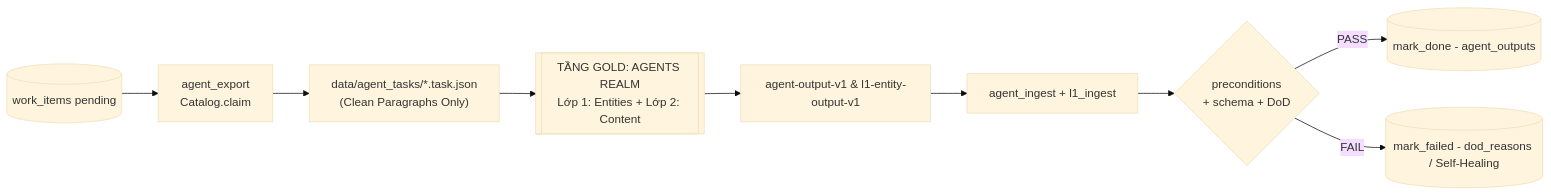
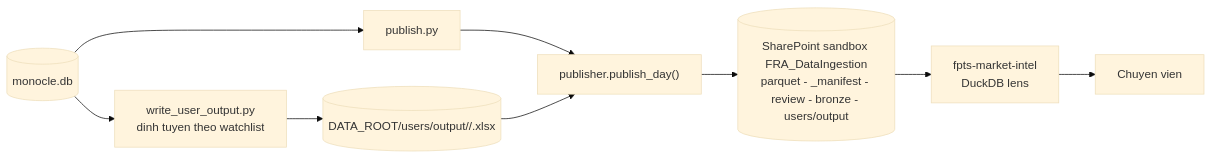
One commit to Tuanan172-py/fts-news-scape changed the fifth of 5 diagrams in project/docs/design/00-end-to-end-architecture.md. Above: the diagram before and after it, drawn with Mermaid (base theme). The commit also changed other lines of this file and 38 other files, not shown here.

Commit message:
docs(harness): unify architecture state, L0/L1, publish path, manifest SSOT, users/output (US-045, US-046)

````diff
--- a/project/docs/design/00-end-to-end-architecture.md
+++ b/project/docs/design/00-end-to-end-architecture.md
@@ -117,11 +203,8 @@
 ```mermaid
 flowchart LR
-  P[(work_items pending)] --> EXP[agent_export<br/>Catalog.claim]
-  EXP --> TP["data/agent_tasks/*.task.json<br/>(Clean Paragraphs Only)"]
-  TP --> AG[[TẦNG GOLD: AGENTS REALM<br/>Lớp 1: Entities + Lớp 2: Content]]
-  AG --> OUT[agent-output-v1 & l1-entity-output-v1]
-  OUT --> ING[agent_ingest + l1_ingest]
-  ING --> PRE{preconditions<br/>+ schema + DoD}
-  PRE -->|PASS| DONE[(mark_done - agent_outputs)]
-  PRE -->|FAIL| FAIL[(mark_failed - dod_reasons / Self-Healing)]
+  DB[(monocle.db)] --> WU[write_user_output.py<br/>dinh tuyen theo watchlist] --> XL[(DATA_ROOT/users/output/<user>/<date>.xlsx)]
+  DB --> PD[publish.py] --> PUB["publisher.publish_day()"]
+  XL --> PUB
+  PUB --> SP[(SharePoint sandbox FRA_DataIngestion<br/>parquet - _manifest - review - bronze - users/output)]
+  SP --> PL[fpts-market-intel<br/>DuckDB lens] --> AN[Chuyen vien]
 ```
````
